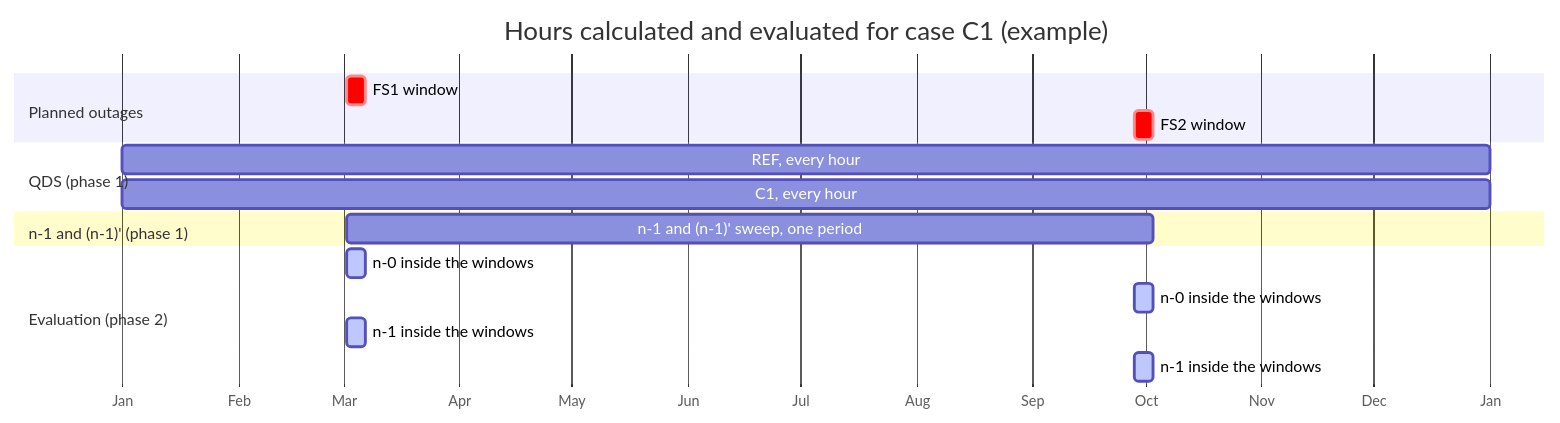
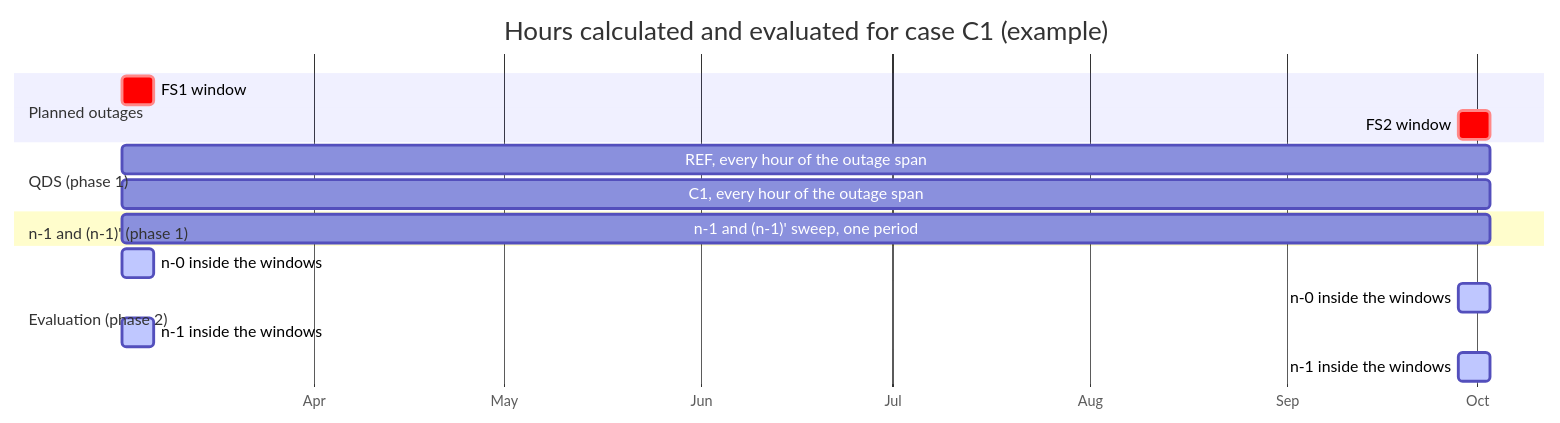
One commit to hadiibrahim-Engin/GridLensAssessment changed the second of 2 diagrams in docs/CALCULATION_AND_EVALUATION.md. Above: the diagram before and after it, drawn with Mermaid. The commit also changed other lines of this file and 11 other files, not shown here.

````diff
--- a/docs/CALCULATION_AND_EVALUATION.md
+++ b/docs/CALCULATION_AND_EVALUATION.md
@@ -52,19 +53,19 @@
 ```mermaid
 gantt
     title Hours calculated and evaluated for case C1 (example)
     dateFormat YYYY-MM-DD
     axisFormat %b
     section Planned outages
     FS1 window                         :crit, fs1, 2026-03-02, 5d
     FS2 window                         :crit, fs2, 2026-09-28, 5d
     section QDS (phase 1)
-    REF, every hour                    :ref, 2026-01-01, 365d
-    C1, every hour                     :c1, 2026-01-01, 365d
+    REF, every hour of the outage span :ref, 2026-03-02, 2026-10-03
+    C1, every hour of the outage span  :c1, 2026-03-02, 2026-10-03
     section n-1 and (n-1)' (phase 1)
     n-1 and (n-1)' sweep, one period   :n1, 2026-03-02, 2026-10-03
     section Evaluation (phase 2)
     n-0 inside the windows             :active, e1, 2026-03-02, 5d
     n-0 inside the windows             :active, e2, 2026-09-28, 5d
     n-1 inside the windows             :active, e3, 2026-03-02, 5d
     n-1 inside the windows             :active, e4, 2026-09-28, 5d
 ```
````
